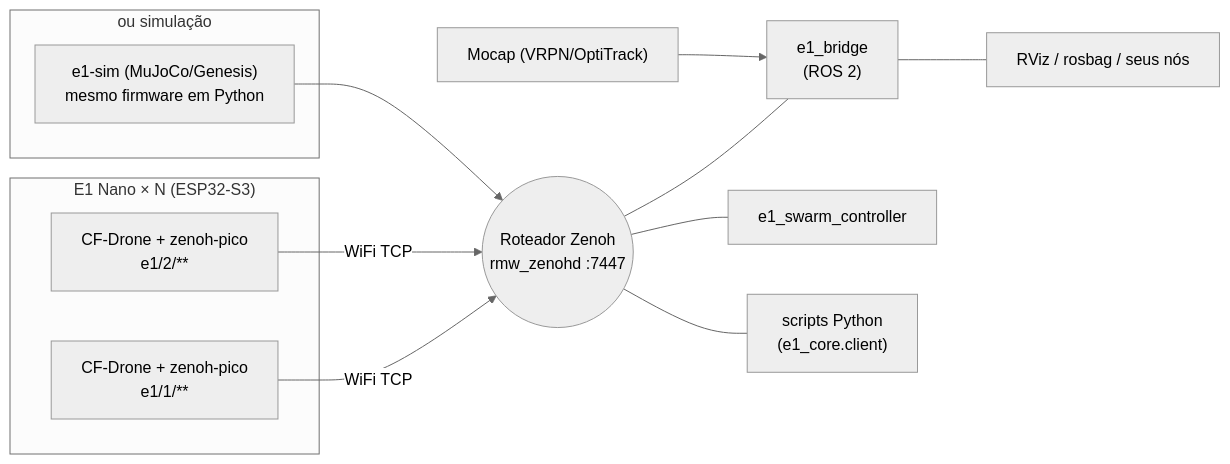
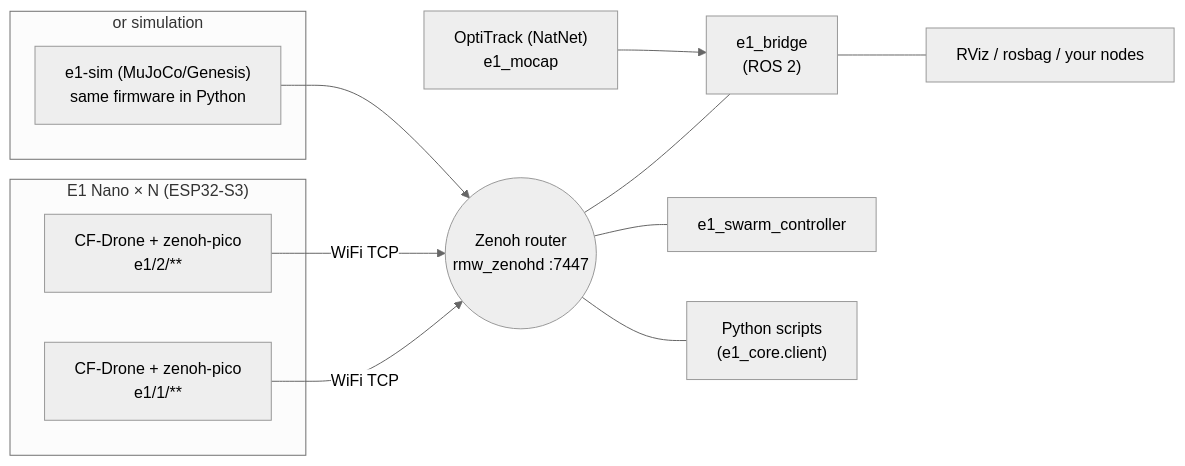
One commit to verlab/e1_nano_ros changed the diagram in docs/index.md. Above: the diagram before and after it, drawn with Mermaid (neutral theme). The commit also changed other lines of this file and 90 other files, not shown here.

First line of the commit message:
Add OptiTrack mocap, heading alignment, stock firmware, 3D viewer; docs in English

````diff
--- a/docs/index.md
+++ b/docs/index.md
@@ -23,19 +30,19 @@
 ```mermaid
 flowchart LR
   subgraph Drones["E1 Nano × N (ESP32-S3)"]
     FW1["CF-Drone + zenoh-pico<br/>e1/1/**"]
     FW2["CF-Drone + zenoh-pico<br/>e1/2/**"]
   end
-  subgraph SIM["ou simulação"]
-    S["e1-sim (MuJoCo/Genesis)<br/>mesmo firmware em Python"]
+  subgraph SIM["or simulation"]
+    S["e1-sim (MuJoCo/Genesis)<br/>same firmware in Python"]
   end
-  R(("Roteador Zenoh<br/>rmw_zenohd :7447"))
+  R(("Zenoh router<br/>rmw_zenohd :7447"))
   FW1 -- WiFi TCP --> R
   FW2 -- WiFi TCP --> R
   S --> R
   R --- B["e1_bridge<br/>(ROS 2)"]
   R --- C["e1_swarm_controller"]
-  R --- PY["scripts Python<br/>(e1_core.client)"]
-  MC["Mocap (VRPN/OptiTrack)"] --> B
-  B --- RV["RViz / rosbag / seus nós"]
+  R --- PY["Python scripts<br/>(e1_core.client)"]
+  MC["OptiTrack (NatNet)<br/>e1_mocap"] --> B
+  B --- RV["RViz / rosbag / your nodes"]
 ```
````
